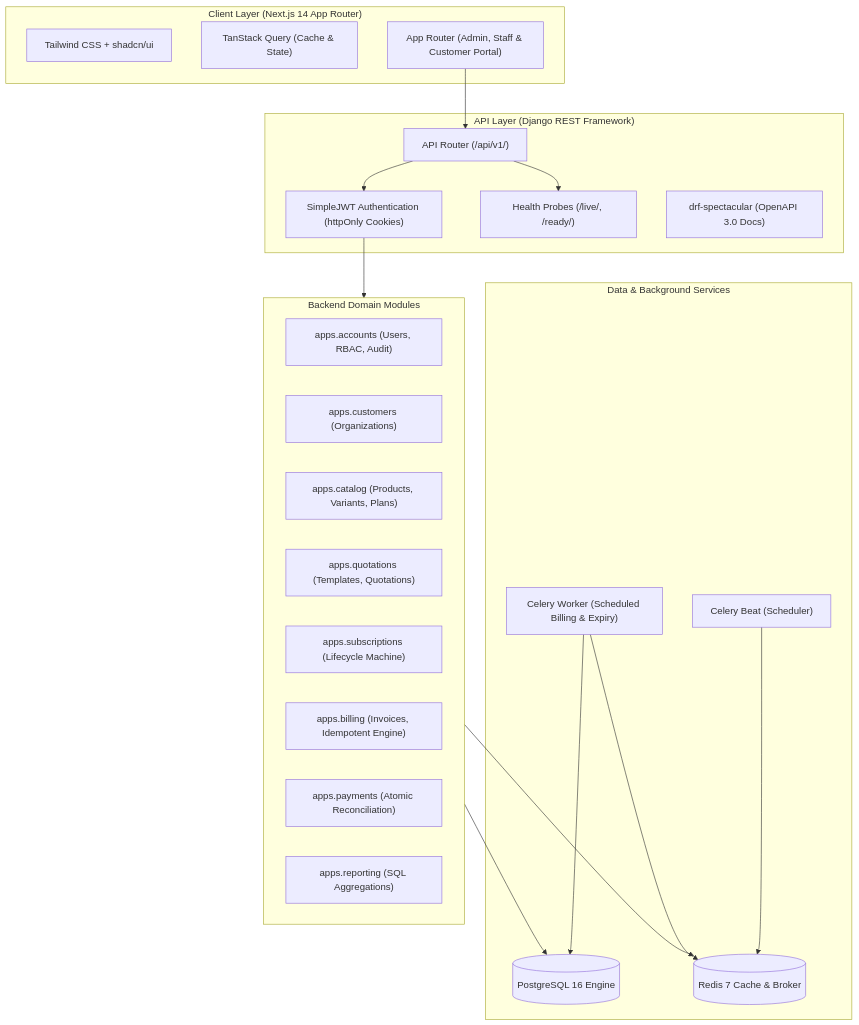
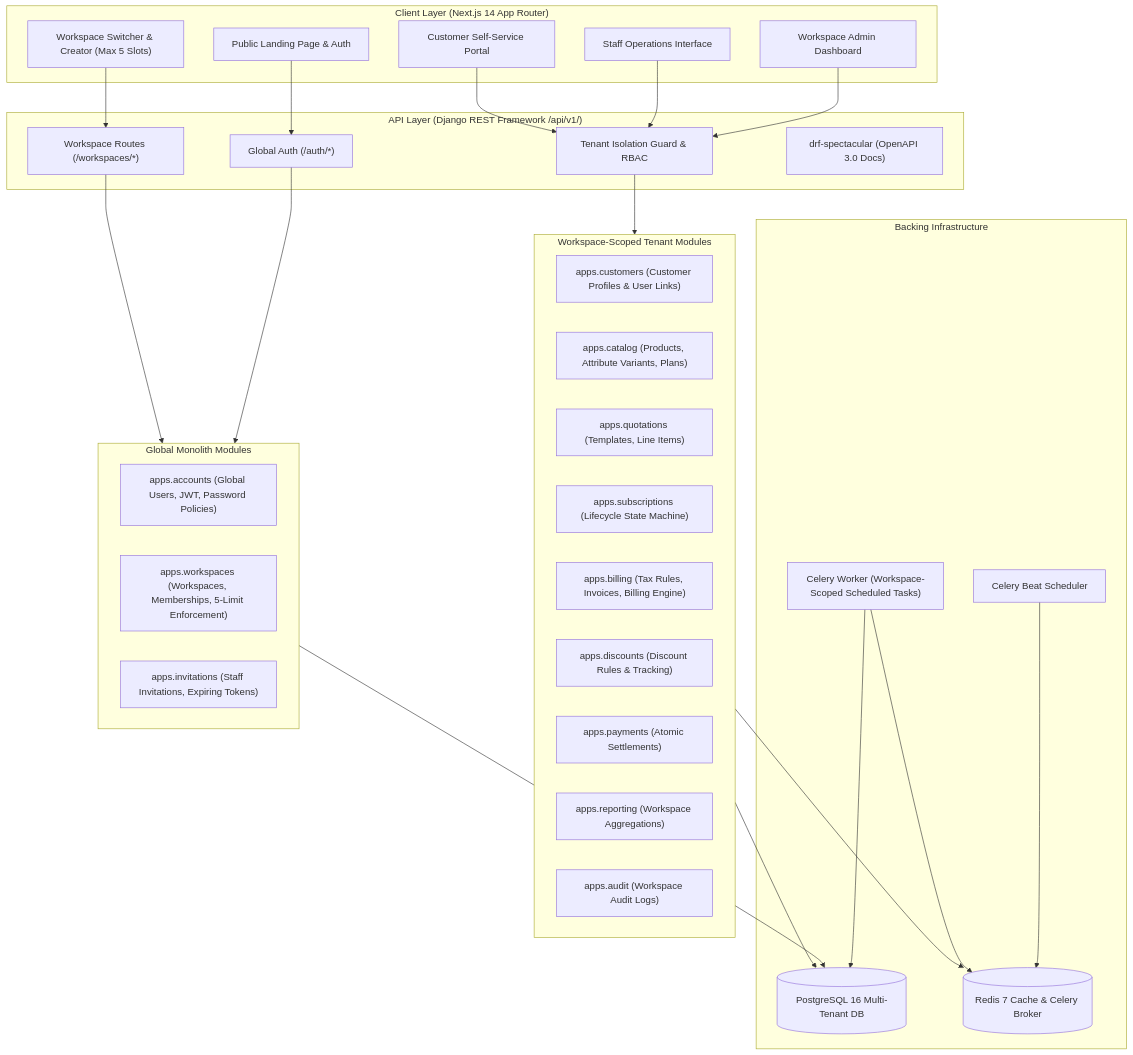
Before and after one commit to aloshy0/Makeaton: the first of 2 diagrams in docs/ARCHITECTURE.md, drawn with Mermaid. The commit also changed other lines of this file and 8 other files, not shown here.

Commit message:
docs: update canonical architecture and specifications to multi-tenant SaaS model

````diff
--- a/docs/ARCHITECTURE.md
+++ b/docs/ARCHITECTURE.md
@@ -15,43 +15,54 @@
 ```mermaid
 flowchart TD
     subgraph ClientLayer ["Client Layer (Next.js 14 App Router)"]
-        UI["Tailwind CSS + shadcn/ui"]
-        TQuery["TanStack Query (Cache & State)"]
-        Router["App Router (Admin, Staff & Customer Portal)"]
+        Landing["Public Landing Page & Auth"]
+        WS_Switch["Workspace Switcher & Creator (Max 5 Slots)"]
+        Dashboard["Workspace Admin Dashboard"]
+        StaffPortal["Staff Operations Interface"]
+        CustPortal["Customer Self-Service Portal"]
     end
 
-    subgraph APIGateway ["API Layer (Django REST Framework)"]
-        JWT["SimpleJWT Authentication (httpOnly Cookies)"]
-        V1["API Router (/api/v1/)"]
-        HealthProbes["Health Probes (/live/, /ready/)"]
-        Doc["drf-spectacular (OpenAPI 3.0 Docs)"]
+    subgraph APILayer ["API Layer (Django REST Framework /api/v1/)"]
+        GlobalAuth["Global Auth (/auth/*)"]
+        WS_Routes["Workspace Routes (/workspaces/*)"]
+        TenantSecurity["Tenant Isolation Guard & RBAC"]
+        OpenAPI["drf-spectacular (OpenAPI 3.0 Docs)"]
     end
 
-    subgraph DomainModules ["Backend Domain Modules"]
-        M_ACC["apps.accounts (Users, RBAC, Audit)"]
-        M_CUST["apps.customers (Organizations)"]
-        M_CAT["apps.catalog (Products, Variants, Plans)"]
-        M_QUOT["apps.quotations (Templates, Quotations)"]
-        M_SUB["apps.subscriptions (Lifecycle Machine)"]
-        M_BILL["apps.billing (Invoices, Idempotent Engine)"]
-        M_PAY["apps.payments (Atomic Reconciliation)"]
-        M_REP["apps.reporting (SQL Aggregations)"]
+    subgraph GlobalModules ["Global Monolith Modules"]
+        M_ACC["apps.accounts (Global Users, JWT, Password Policies)"]
+        M_WS["apps.workspaces (Workspaces, Memberships, 5-Limit Enforcement)"]
+        M_INV["apps.invitations (Staff Invitations, Expiring Tokens)"]
     end
 
-    subgraph AsyncAndData ["Data & Background Services"]
-        PG[(PostgreSQL 16 Engine)]
-        Redis[(Redis 7 Cache & Broker)]
-        Celery["Celery Worker (Scheduled Billing & Expiry)"]
-        Beat["Celery Beat (Scheduler)"]
+    subgraph TenantModules ["Workspace-Scoped Tenant Modules"]
+        M_CUST["apps.customers (Customer Profiles & User Links)"]
+        M_CAT["apps.catalog (Products, Attribute Variants, Plans)"]
+        M_QUOT["apps.quotations (Templates, Line Items)"]
+        M_SUB["apps.subscriptions (Lifecycle State Machine)"]
+        M_BILL["apps.billing (Tax Rules, Invoices, Billing Engine)"]
+        M_DISC["apps.discounts (Discount Rules & Tracking)"]
+        M_PAY["apps.payments (Atomic Settlements)"]
+        M_REP["apps.reporting (Workspace Aggregations)"]
+        M_AUD["apps.audit (Workspace Audit Logs)"]
     end
 
-    Router --> V1
-    V1 --> JWT
-    V1 --> HealthProbes
-    JWT --> DomainModules
-    DomainModules --> PG
-    DomainModules --> Redis
-    Beat --> Redis
-    Celery --> Redis
-    Celery --> PG
+    subgraph Infrastructure ["Backing Infrastructure"]
+        PG[(PostgreSQL 16 Multi-Tenant DB)]
+        Redis[(Redis 7 Cache & Celery Broker)]
+        CeleryWorker["Celery Worker (Workspace-Scoped Scheduled Tasks)"]
+        CeleryBeat["Celery Beat Scheduler"]
+    end
+
+    Landing --> GlobalAuth
+    WS_Switch --> WS_Routes
+    Dashboard & StaffPortal & CustPortal --> TenantSecurity
+    TenantSecurity --> TenantModules
+    GlobalAuth & WS_Routes --> GlobalModules
+    GlobalModules --> PG
+    TenantModules --> PG
+    TenantModules --> Redis
+    CeleryBeat --> Redis
+    CeleryWorker --> Redis
+    CeleryWorker --> PG
 ```
````
